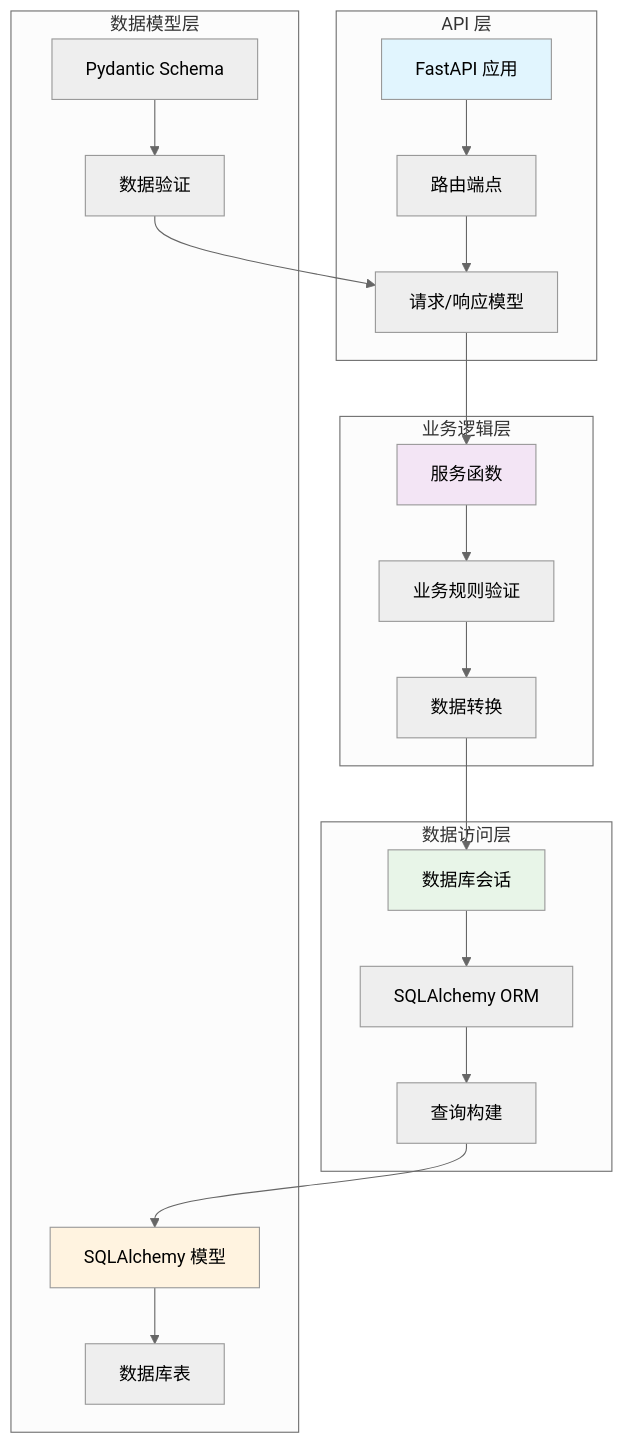
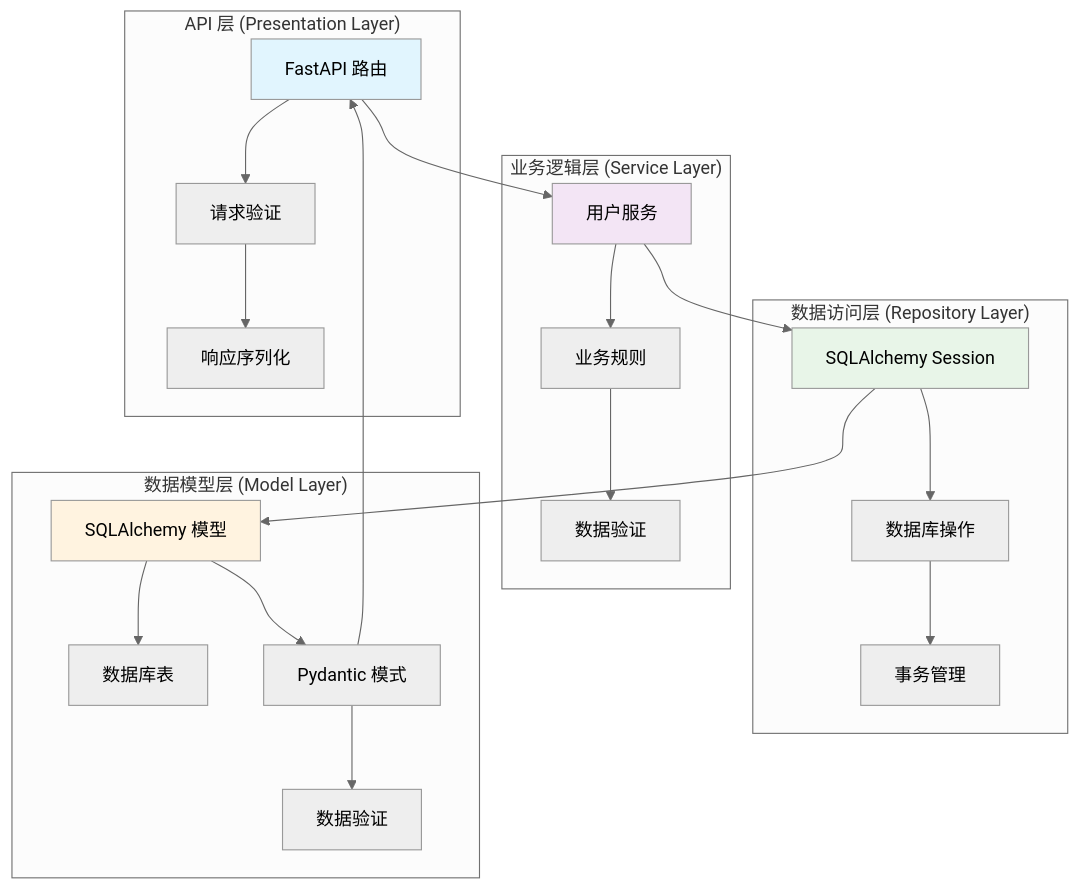
Before and after one commit to youbih/autodev-agent: the diagram in workspace/my_user_service/README.md, drawn with Mermaid (neutral theme). The commit also changed other lines of this file and 8 other files, not shown here.

````diff
--- a/workspace/my_user_service/README.md
+++ b/workspace/my_user_service/README.md
@@ -9,32 +11,33 @@
 ```mermaid
 graph TB
-    subgraph "API 层"
-        A[FastAPI 应用] --> B[路由端点]
-        B --> C[请求/响应模型]
+    subgraph "API 层 (Presentation Layer)"
+        A[FastAPI 路由] --> B[请求验证]
+        B --> C[响应序列化]
     end
     
-    subgraph "业务逻辑层"
-        D[服务函数] --> E[业务规则验证]
-        E --> F[数据转换]
+    subgraph "业务逻辑层 (Service Layer)"
+        D[用户服务] --> E[业务规则]
+        E --> F[数据验证]
     end
     
-    subgraph "数据访问层"
-        G[数据库会话] --> H[SQLAlchemy ORM]
-        H --> I[查询构建]
+    subgraph "数据访问层 (Repository Layer)"
+        G[SQLAlchemy Session] --> H[数据库操作]
+        H --> I[事务管理]
     end
     
-    subgraph "数据模型层"
+    subgraph "数据模型层 (Model Layer)"
         J[SQLAlchemy 模型] --> K[数据库表]
-        L[Pydantic Schema] --> M[数据验证]
+        L[Pydantic 模式] --> M[数据验证]
     end
     
-    C --> D
-    F --> G
-    I --> J
-    M --> C
+    A --> D
+    D --> G
+    G --> J
+    J --> L
+    L --> A
     
     style A fill:#e1f5fe
     style D fill:#f3e5f5
     style G fill:#e8f5e8
     style J fill:#fff3e0
 ```
````
